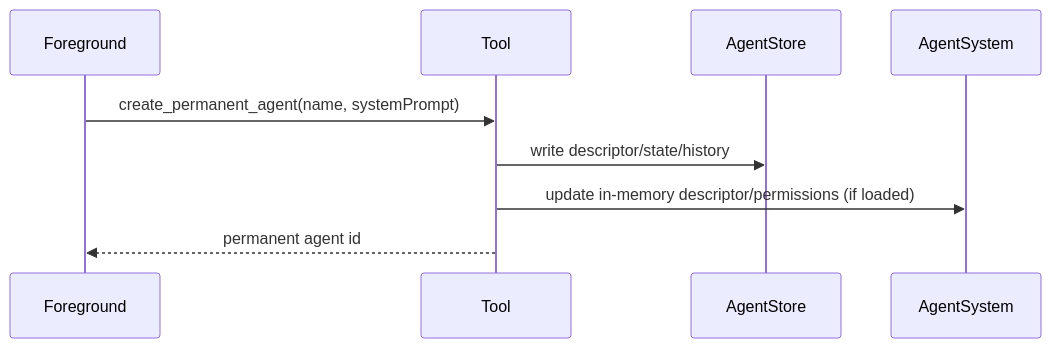
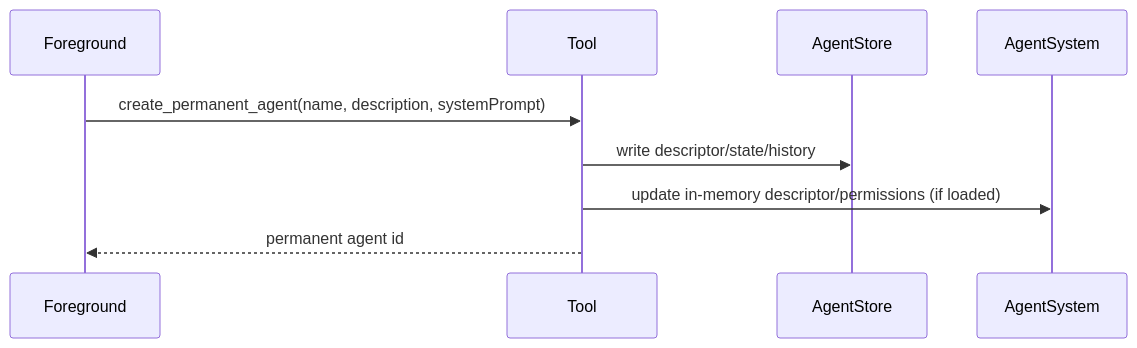
Before and after one commit to ex3ndr-bot/daycare: the second of 7 diagrams in docs/agent-types.md, drawn with Mermaid. The commit also changed other lines of this file and 15 other files, not shown here.

Commit message:
feat: add permanent agent descriptions

````diff
--- a/docs/agent-types.md
+++ b/docs/agent-types.md
@@ -48,11 +49,11 @@
 ```mermaid
 sequenceDiagram
   participant Foreground
   participant Tool
   participant AgentStore
   participant AgentSystem
-  Foreground->>Tool: create_permanent_agent(name, systemPrompt)
+  Foreground->>Tool: create_permanent_agent(name, description, systemPrompt)
   Tool->>AgentStore: write descriptor/state/history
   Tool->>AgentSystem: update in-memory descriptor/permissions (if loaded)
   Tool-->>Foreground: permanent agent id
 ```
````
